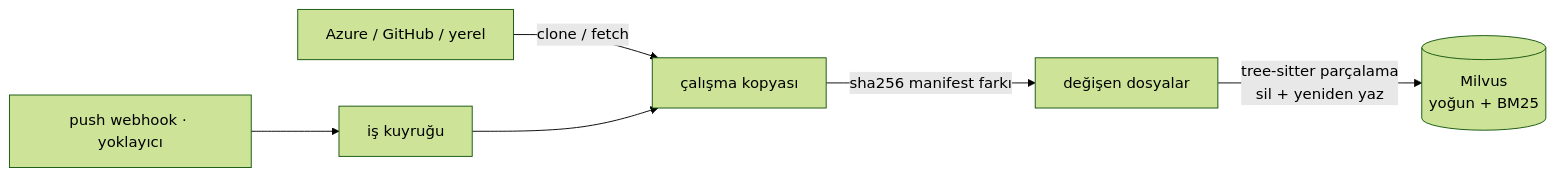
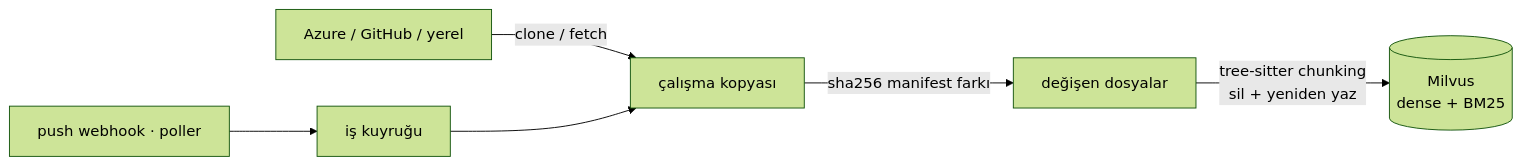
One commit to fport/milvus-rag changed the first of 2 diagrams in docs/index.tr.md. Above: the diagram before and after it, drawn with Mermaid (forest theme). The commit also changed other lines of this file and 15 other files, not shown here.

````diff
--- a/docs/index.tr.md
+++ b/docs/index.tr.md
@@ -100,7 +107,7 @@
 ```mermaid
 flowchart LR
     SOURCE["Azure / GitHub / yerel"] -->|"clone / fetch"| WORKING["çalışma kopyası"]
-    HOOK["push webhook · yoklayıcı"] --> QUEUE["iş kuyruğu"] --> WORKING
+    HOOK["push webhook · poller"] --> QUEUE["iş kuyruğu"] --> WORKING
     WORKING -->|"sha256 manifest farkı"| CHANGED["değişen dosyalar"]
-    CHANGED -->|"tree-sitter parçalama<br>sil + yeniden yaz"| MILVUS[("Milvus<br>yoğun + BM25")]
+    CHANGED -->|"tree-sitter chunking<br>sil + yeniden yaz"| MILVUS[("Milvus<br>dense + BM25")]
 ```
````
